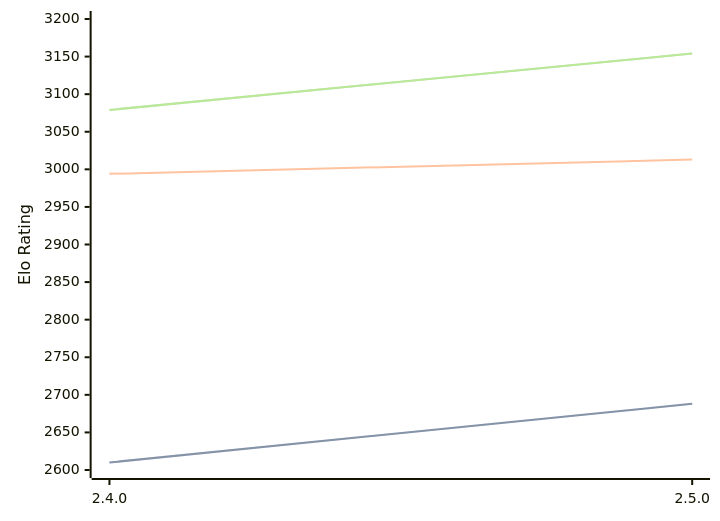
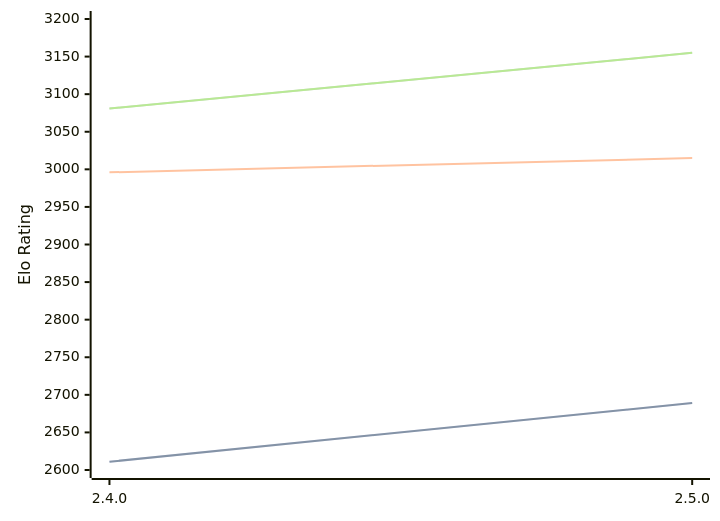
The diagram in engines/Sturddle2.md (computer-chess-index/cci), drawn with Mermaid before and after one commit. The commit also changed other lines of this file, not shown here.

Commit message:
Update CCI Ratings (ELO VLTC) - 2026-07-25

````diff
--- a/engines/Sturddle2.md
+++ b/engines/Sturddle2.md
@@ -37,11 +37,11 @@
 ```mermaid
 %%{init: {"theme":"base","themeVariables":{"seriesColors:['#a3a3a3','#222221','#faa371']}}}%%
 xychart-beta
   x-axis ["2.4.0", "2.5.0"]
   y-axis "Elo Rating" 2600 --> 3200
-  line "STC (8.0+0.08s)" [2610, 2688]
-  line "STC (8.0+0.08s)" [2610, 2688]
-  line "LTC (60.0+0.60s)" [2994, 3013]
-  line "VLTC (2m24s+1.12s)" [3079, 3154]
-  line "VLTC (2m24s+1.12s)" [3079, 3154]
+  line "STC (8.0+0.08s)" [2611, 2689]
+  line "STC (8.0+0.08s)" [2611, 2689]
+  line "LTC (60.0+0.60s)" [2996, 3015]
+  line "VLTC (2m24s+1.12s)" [3081, 3155]
+  line "VLTC (2m24s+1.12s)" [3081, 3155]
 ```
````
